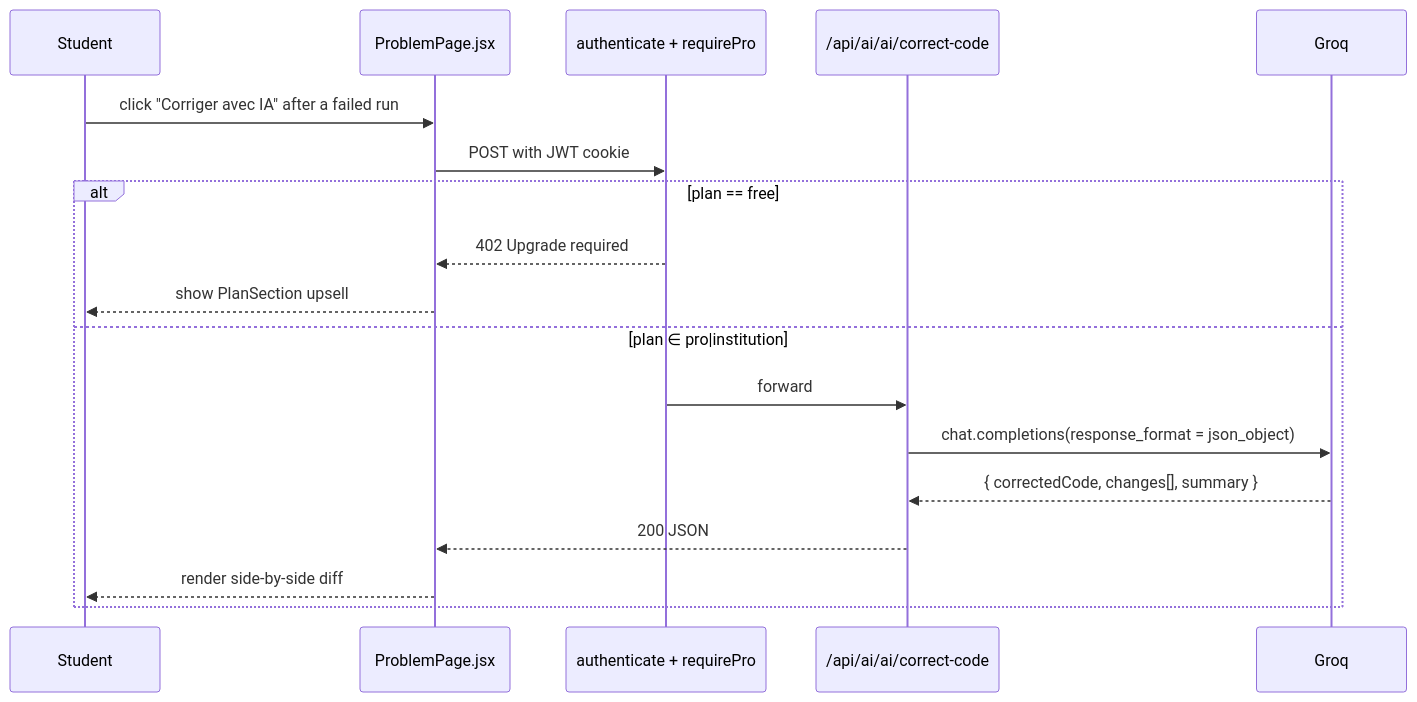
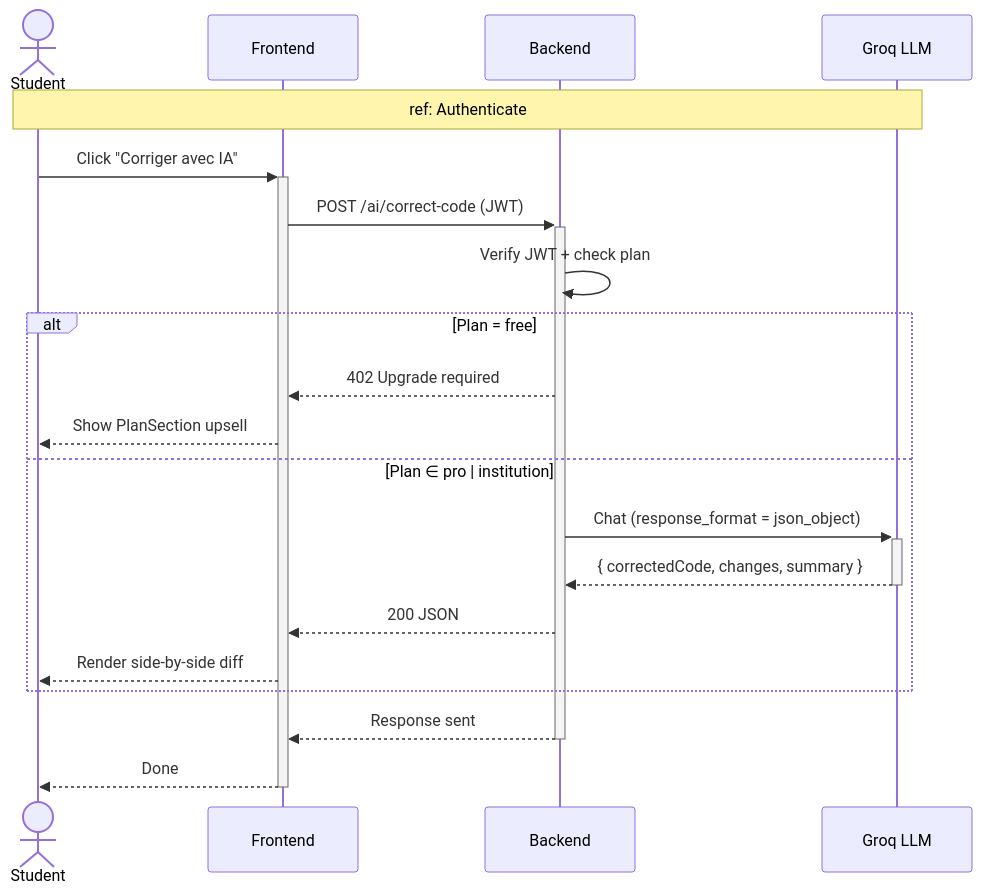
One commit to MaizaAymen/OmniLearn changed the sixth of 14 diagrams in docs/08_chapitre6_sprint4.md. Above: the diagram before and after it, drawn with Mermaid. The commit also changed other lines of this file and 4 other files, not shown here.

````diff
--- a/docs/08_chapitre6_sprint4.md
+++ b/docs/08_chapitre6_sprint4.md
@@ -260,21 +271,26 @@
 ```mermaid
 sequenceDiagram
-  participant S as Student
-  participant FE as ProblemPage.jsx
-  participant Auth as authenticate + requirePro
-  participant API as /api/ai/ai/correct-code
-  participant LLM as Groq
+    actor Student
+    participant FE as Frontend
+    participant API as Backend
+    participant LLM as Groq LLM
 
-  S->>FE: click "Corriger avec IA" after a failed run
-  FE->>Auth: POST with JWT cookie
-  alt plan == free
-    Auth-->>FE: 402 Upgrade required
-    FE-->>S: show PlanSection upsell
-  else plan ∈ pro|institution
-    Auth->>API: forward
-    API->>LLM: chat.completions(response_format = json_object)
-    LLM-->>API: { correctedCode, changes[], summary }
-    API-->>FE: 200 JSON
-    FE-->>S: render side-by-side diff
-  end
+    Note over Student,LLM: ref: Authenticate
+
+    Student->>+FE: Click "Corriger avec IA"
+    FE->>+API: POST /ai/correct-code (JWT)
+    API->>API: Verify JWT + check plan
+
+    alt Plan = free
+        API-->>FE: 402 Upgrade required
+        FE-->>Student: Show PlanSection upsell
+    else Plan ∈ pro | institution
+        API->>+LLM: Chat (response_format = json_object)
+        LLM-->>-API: { correctedCode, changes, summary }
+        API-->>FE: 200 JSON
+        FE-->>Student: Render side-by-side diff
+    end
+
+    API-->>-FE: Response sent
+    FE-->>-Student: Done
 ```
````
